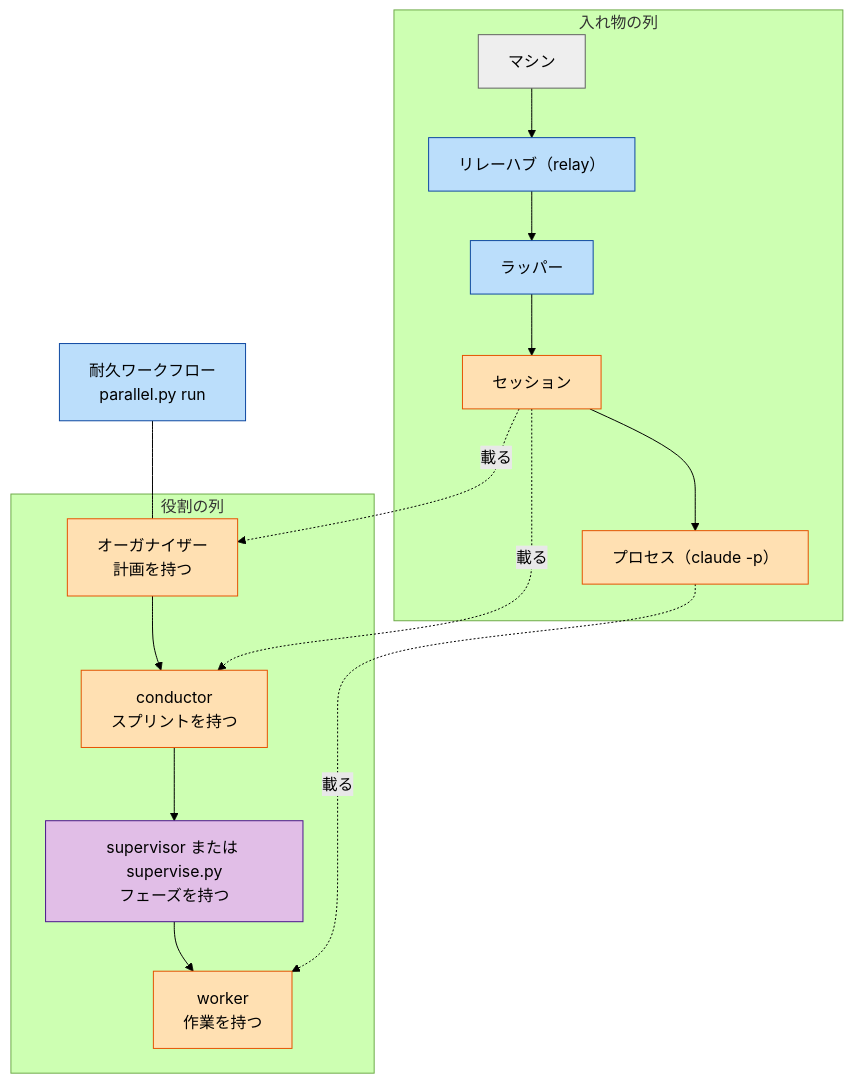
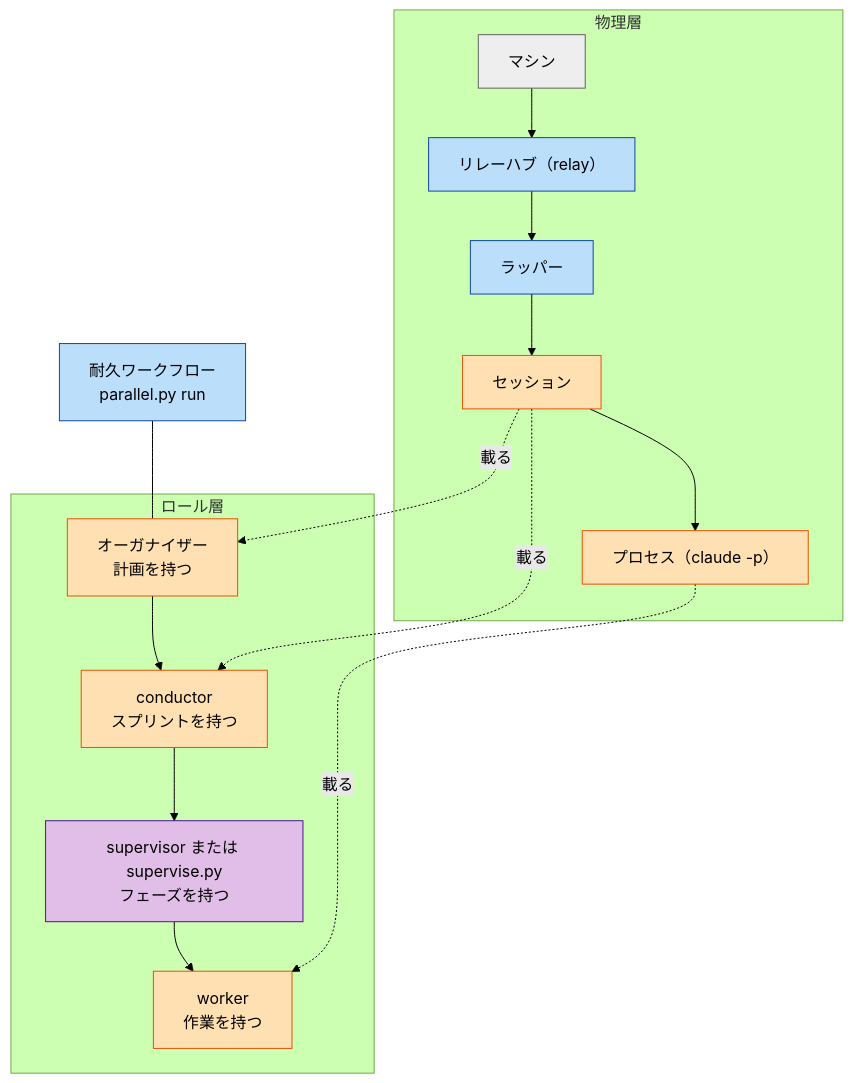
The second of 4 diagrams in docs/ndf-parallel-model.md (devbasex/ai-plugins), drawn with Mermaid (forest theme) before and after one commit. The commit also changed other lines of this file, not shown here.

First line of the commit message:
Docs: ラインをレーンへ統一し、3 つの軸を物理層・ロール層・フロー層と呼ぶ

````diff
--- a/docs/ndf-parallel-model.md
+++ b/docs/ndf-parallel-model.md
@@ -73,21 +73,21 @@
 ```mermaid
 flowchart TB
-    subgraph IN["入れ物の列"]
+    subgraph IN["物理層"]
         M["マシン"] --> HUB["リレーハブ（relay）"] --> WR["ラッパー"] --> SE["セッション"] --> PR["プロセス（claude -p）"]
     end
-    subgraph RO["役割の列"]
+    subgraph RO["ロール層"]
         OR["オーガナイザー<br/>計画を持つ"] --> CO["conductor<br/>スプリントを持つ"] --> SU["supervisor または supervise.py<br/>フェーズを持つ"] --> WO["worker<br/>作業を持つ"]
     end
     SE -.->|"載る"| OR
     SE -.->|"載る"| CO
     PR -.->|"載る"| WO
     DW["耐久ワークフロー<br/>parallel.py run"] --- OR
     classDef ai fill:#ffe0b2,stroke:#e65100,color:#000
     classDef script fill:#bbdefb,stroke:#0d47a1,color:#000
     classDef mixed fill:#e1bee7,stroke:#4a148c,color:#000
     classDef other fill:#eeeeee,stroke:#616161,color:#000
     class SE,PR,OR,CO,WO ai
     class HUB,WR,DW script
     class SU mixed
     class M other
 ```
````
